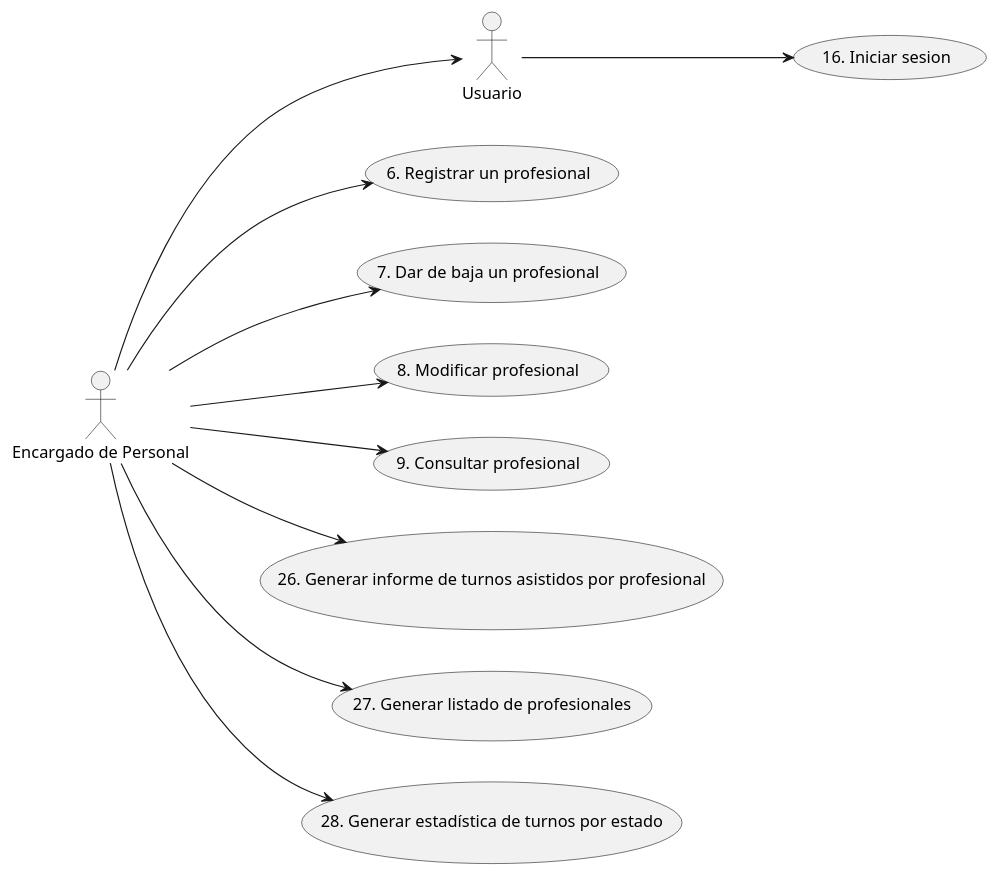
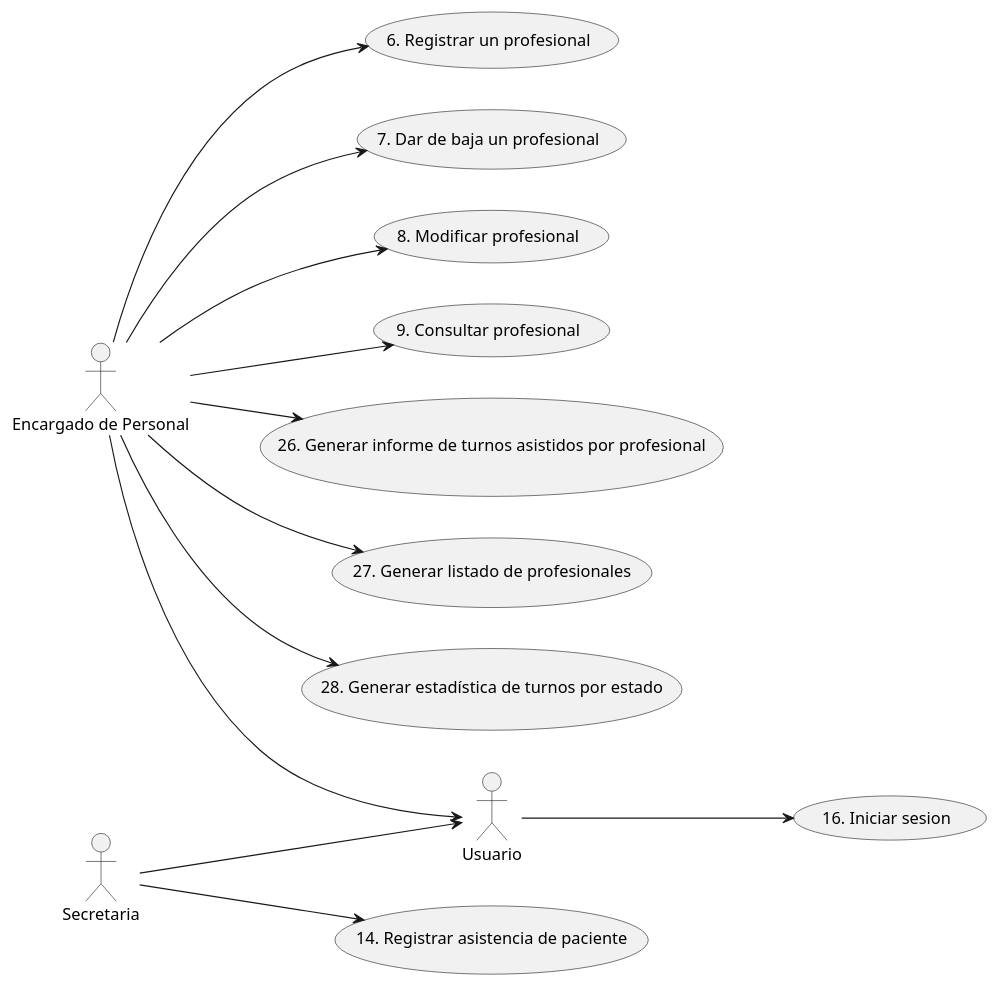
One commit to CeciliaRava1/disenio_2026 changed the diagram in 01_consultorio_salud_mental/03_dcu_transRepresentativa.plantuml. Above: the diagram before and after it, drawn with PlantUML.

Commit message:
feat: Add dcu transacciones representativas consultorio salud mental

```diff
--- a/01_consultorio_salud_mental/03_dcu_transRepresentativa.plantuml
+++ b/01_consultorio_salud_mental/03_dcu_transRepresentativa.plantuml
@@ -1,27 +1,33 @@
 @startuml usecaseDiagram
 left to right direction
 
 actor "Encargado de Personal" as EP
 actor "Usuario" as US
+actor "Secretaria" as SE
+
 
 usecase "6. Registrar un profesional" as U6
 usecase "7. Dar de baja un profesional" as U7
 usecase "8. Modificar profesional" as U8
 usecase "9. Consultar profesional" as U9
 usecase "26. Generar informe de turnos asistidos por profesional" as U26
 usecase "27. Generar listado de profesionales" as U27
 usecase "28. Generar estadística de turnos por estado" as U28
 usecase "16. Iniciar sesion" as U16
+usecase "14. Registrar asistencia de paciente" as U14
+
 
 
 EP --> U6
 EP --> U7
 EP --> U8
 EP --> U9
 EP --> U26
 EP --> U27
 EP --> U28
 
 EP--> US
 US --> U16
+SE --> U14
+SE --> US
 @enduml
```
